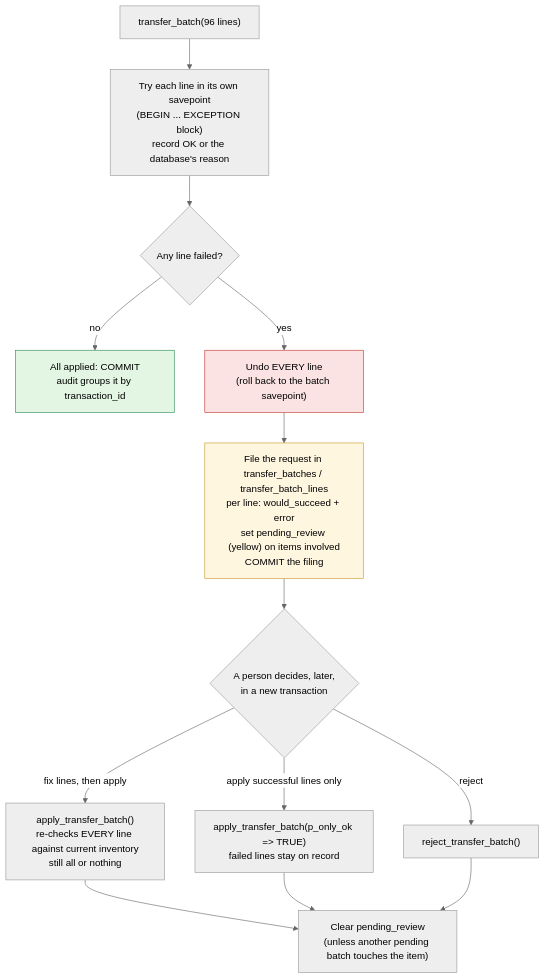
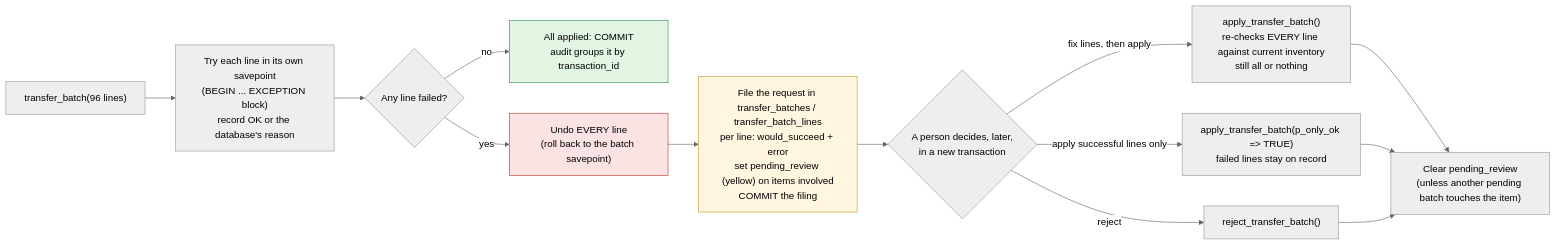
The seventh of 8 diagrams in README.md (siggisigg/Adaptyv), drawn with Mermaid (neutral theme) before and after one commit. The commit also changed other lines of this file and 30 other files, not shown here.

````diff
--- a/README.md
+++ b/README.md
@@ -292,17 +330,18 @@
 ```mermaid
-flowchart TD
+%% file: batch-flow
+flowchart LR
     R["transfer_batch(96 lines)"] --> L["Try each line in its own savepoint<br/>(BEGIN ... EXCEPTION block)<br/>record OK or the database's reason"]
     L --> Q{Any line failed?}
     Q -- no --> OK["All applied: COMMIT<br/>audit groups it by transaction_id"]
     Q -- yes --> U["Undo EVERY line<br/>(roll back to the batch savepoint)"]
     U --> F["File the request in transfer_batches / transfer_batch_lines<br/>per line: would_succeed + error<br/>set pending_review (yellow) on items involved<br/>COMMIT the filing"]
     F --> D{"A person decides, later,<br/>in a new transaction"}
     D -- "fix lines, then apply" --> A["apply_transfer_batch()<br/>re-checks EVERY line against current inventory<br/>still all or nothing"]
     D -- "apply successful lines only" --> A2["apply_transfer_batch(p_only_ok => TRUE)<br/>failed lines stay on record"]
     D -- reject --> X["reject_transfer_batch()"]
     A & A2 & X --> C["Clear pending_review<br/>(unless another pending batch touches the item)"]
 
     style OK fill:#e3f6e3,stroke:#2e8b57
     style U fill:#fbe3e3,stroke:#c0392b
     style F fill:#fff6e0,stroke:#c79a2a
 ```
````
